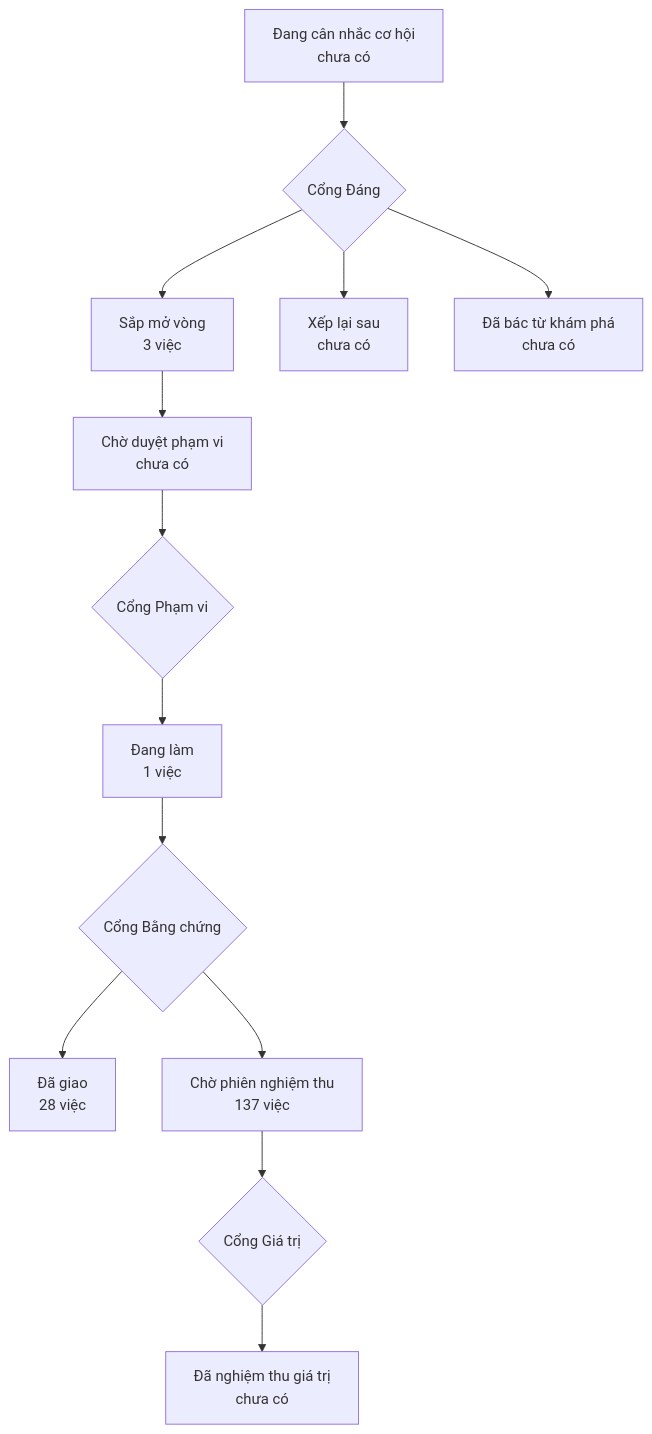
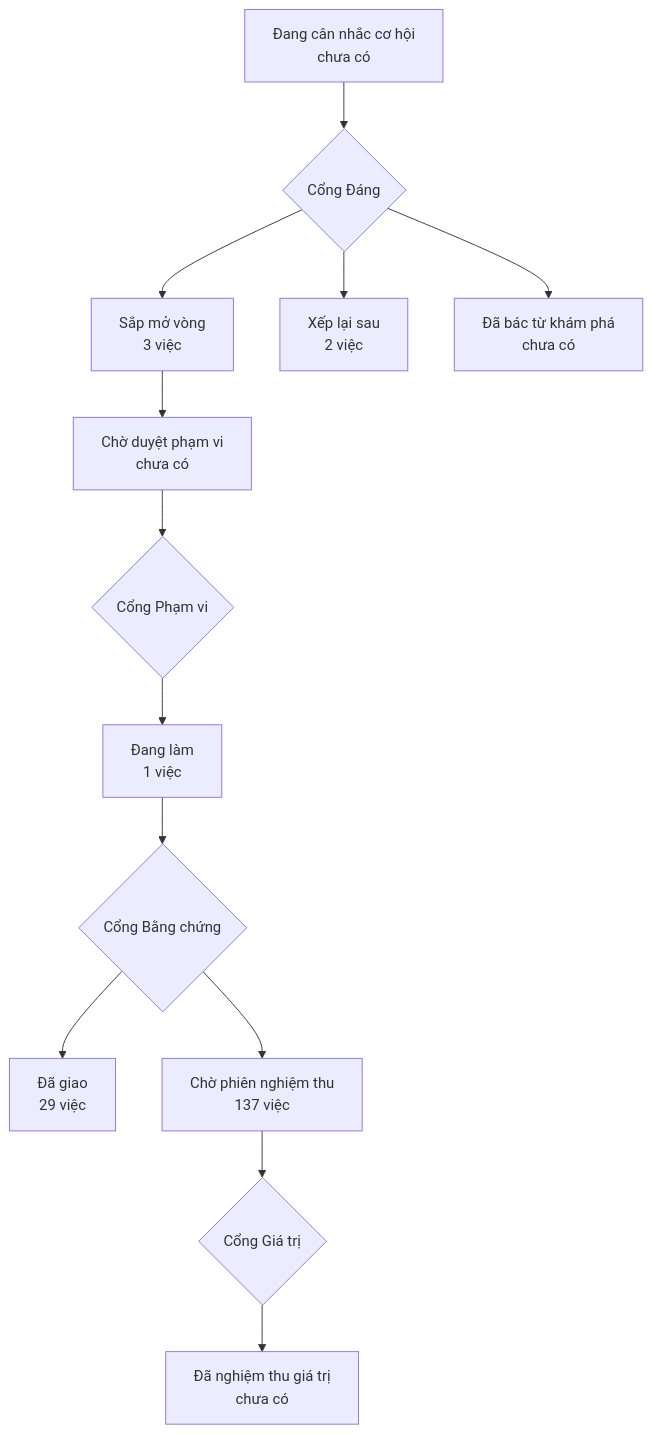
The diagram in PRODUCT-MAP.md (phanlemanh/onehub-quy-hang), drawn with Mermaid before and after one commit. The commit also changed other lines of this file and 1 other file, not shown here.

Commit message:
chore(acceptance): vẽ lại bản đồ và lộ trình sau khi gộp nhánh chính

````diff
--- a/PRODUCT-MAP.md
+++ b/PRODUCT-MAP.md
@@ -7,12 +7,12 @@
 ```mermaid
 flowchart TD
   A["Đang cân nhắc cơ hội<br/>chưa có"] --> GD{"Cổng Đáng"}
   GD --> B["Sắp mở vòng<br/>3 việc"]
-  GD --> XL["Xếp lại sau<br/>chưa có"]
+  GD --> XL["Xếp lại sau<br/>2 việc"]
   GD --> DB["Đã bác từ khám phá<br/>chưa có"]
   B --> CD["Chờ duyệt phạm vi<br/>chưa có"] --> GP{"Cổng Phạm vi"}
   GP --> DL["Đang làm<br/>1 việc"] --> GB{"Cổng Bằng chứng"}
-  GB --> DG["Đã giao<br/>28 việc"]
+  GB --> DG["Đã giao<br/>29 việc"]
   GB --> CN["Chờ phiên nghiệm thu<br/>137 việc"] --> GG{"Cổng Giá trị"}
   GG --> NT["Đã nghiệm thu giá trị<br/>chưa có"]
 ```
````
